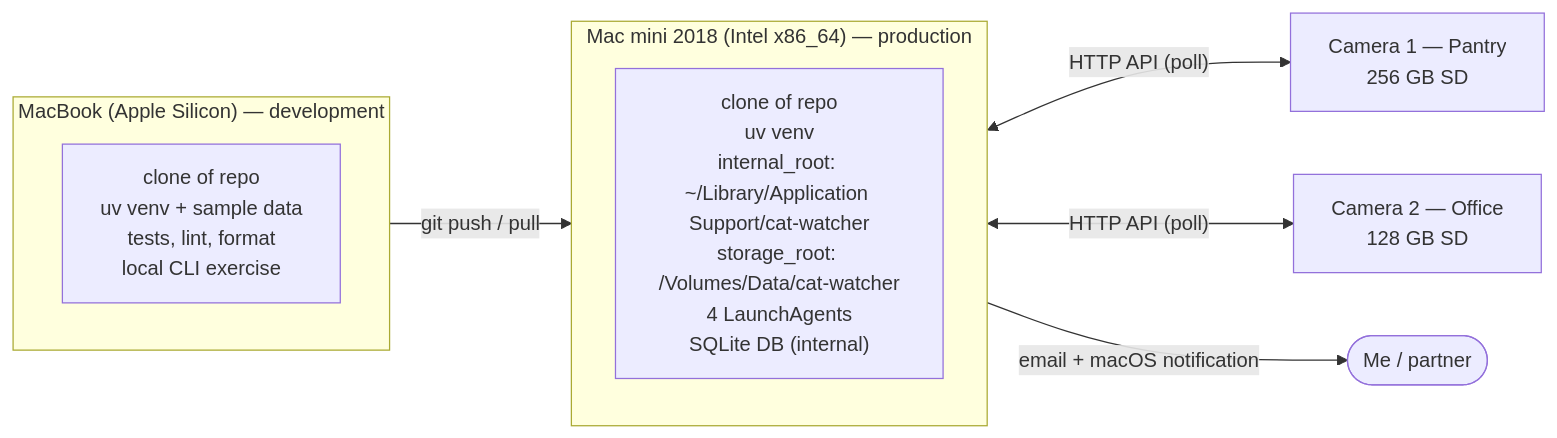
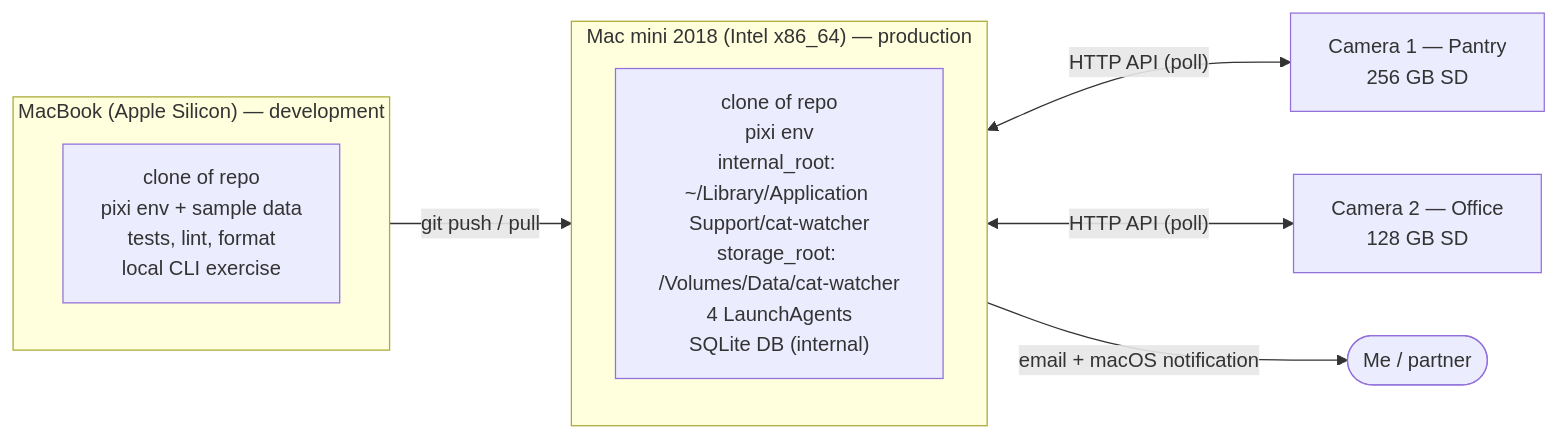
Before and after one commit to rgant/cat-watcher: the first of 4 diagrams in docs/specs/2026-05-01-cat-watcher-design.md, drawn with Mermaid. The commit also changed other lines of this file and 17 other files, not shown here.

First line of the commit message:
init: scaffold cat-watcher project tooling and Phase 1 plan

````diff
--- a/docs/specs/2026-05-01-cat-watcher-design.md
+++ b/docs/specs/2026-05-01-cat-watcher-design.md
@@ -83,21 +83,21 @@
 ```mermaid
 flowchart LR
   subgraph Dev["MacBook (Apple Silicon) — development"]
     direction TB
-    devTasks["clone of repo<br/>uv venv + sample data<br/>tests, lint, format<br/>local CLI exercise"]
+    devTasks["clone of repo<br/>pixi env + sample data<br/>tests, lint, format<br/>local CLI exercise"]
   end
 
   subgraph Prod["Mac mini 2018 (Intel x86_64) — production"]
     direction TB
-    prodTasks["clone of repo<br/>uv venv<br/>internal_root: ~/Library/Application Support/cat-watcher<br/>storage_root: /Volumes/Data/cat-watcher<br/>4 LaunchAgents<br/>SQLite DB (internal)"]
+    prodTasks["clone of repo<br/>pixi env<br/>internal_root: ~/Library/Application Support/cat-watcher<br/>storage_root: /Volumes/Data/cat-watcher<br/>4 LaunchAgents<br/>SQLite DB (internal)"]
   end
 
   cam1["Camera 1 — Pantry<br/>256 GB SD"]
   cam2["Camera 2 — Office<br/>128 GB SD"]
   user(["Me / partner"])
 
   Dev -- "git push / pull" --> Prod
   Prod <-- "HTTP API (poll)" --> cam1
   Prod <-- "HTTP API (poll)" --> cam2
   Prod -- "email + macOS notification" --> user
 ```
````
